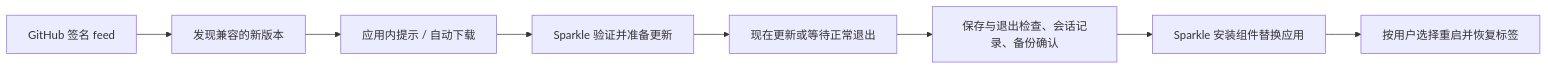
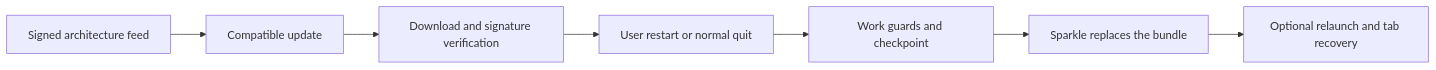
The diagram in docs/auto-update-design.md (1056652209/Glim), drawn with Mermaid before and after one commit. The commit also changed other lines of this file and 18 other files, not shown here.

````diff
--- a/docs/auto-update-design.md
+++ b/docs/auto-update-design.md
@@ -89,10 +54,9 @@
 ```mermaid
 flowchart LR
-    A[GitHub 签名 feed] --> B[发现兼容的新版本]
-    B --> C[应用内提示 / 自动下载]
-    C --> D[Sparkle 验证并准备更新]
-    D --> E[现在更新或等待正常退出]
-    E --> F[保存与退出检查、会话记录、备份确认]
-    F --> G[Sparkle 安装组件替换应用]
-    G --> H[按用户选择重启并恢复标签]
+    A[Signed architecture feed] --> B[Compatible update]
+    B --> C[Download and signature verification]
+    C --> D[User restart or normal quit]
+    D --> E[Work guards and checkpoint]
+    E --> F[Sparkle replaces the bundle]
+    F --> G[Optional relaunch and tab recovery]
 ```
````
